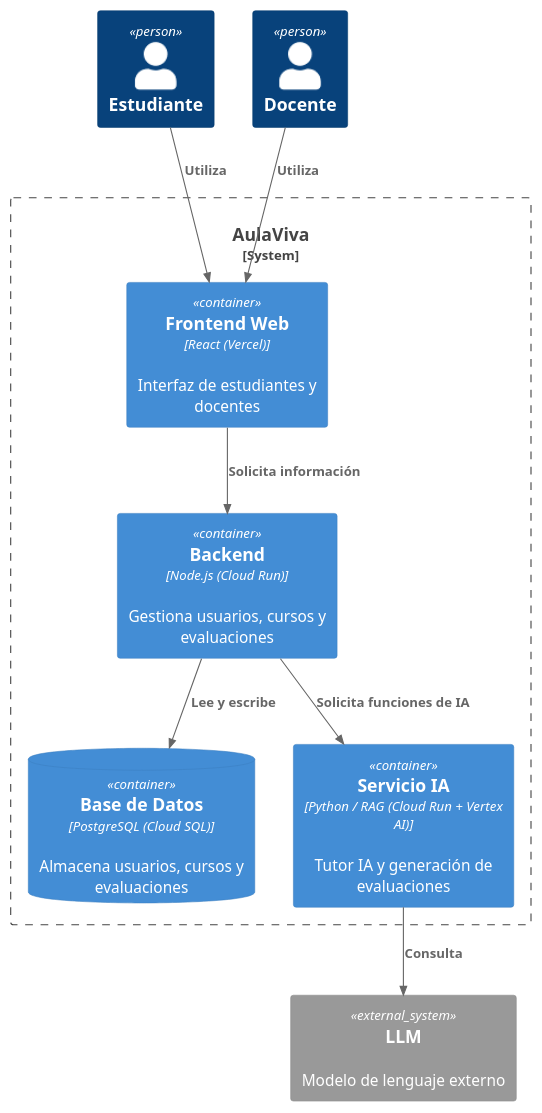
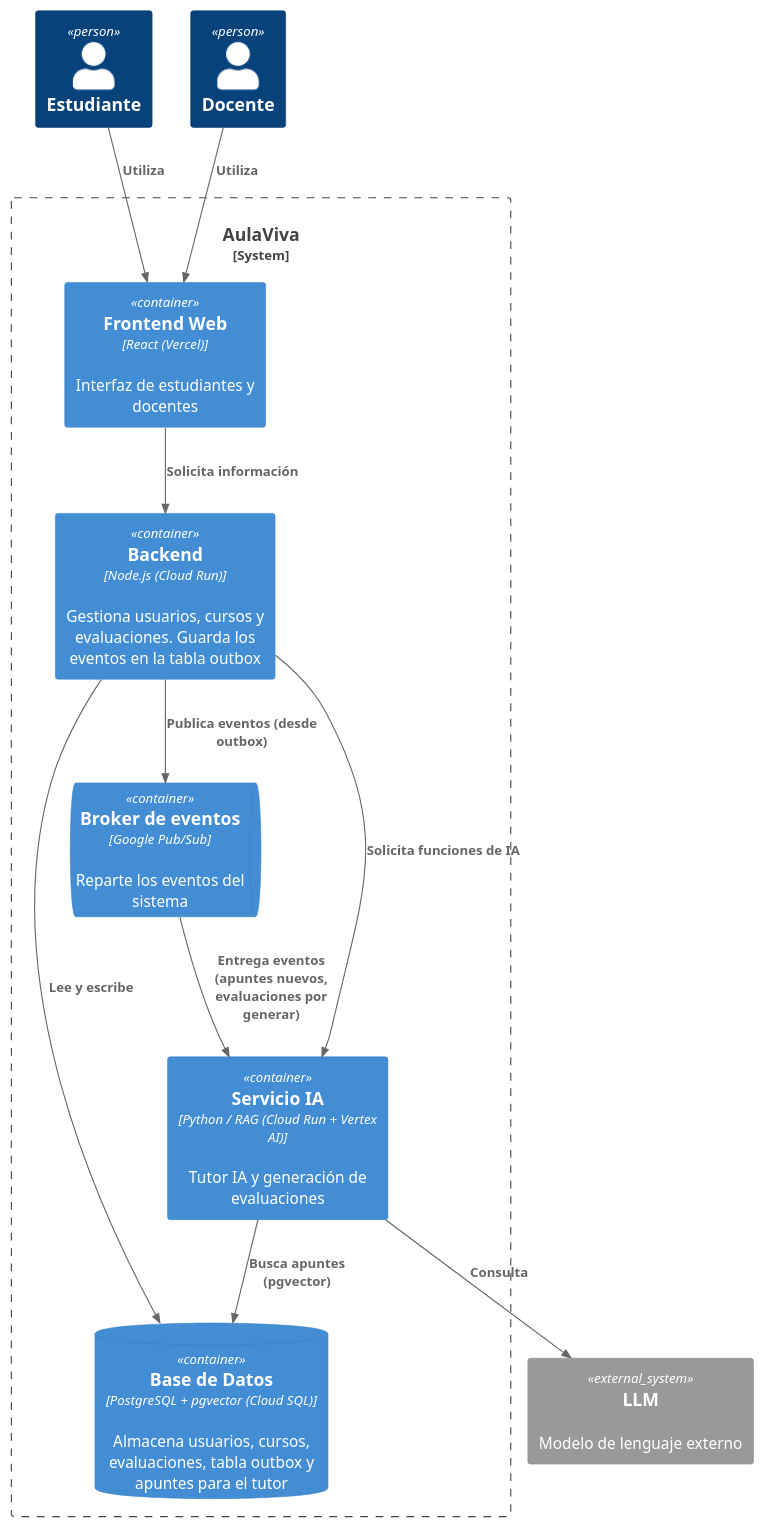
Before and after one commit to gerardogonzalez0264gg/Aula_Viva: the diagram in docs/C4/l2-container.puml, drawn with PlantUML.

```diff
--- a/docs/C4/l2-container.puml
+++ b/docs/C4/l2-container.puml
@@ -1,27 +1,32 @@
 @startuml
 !include <C4/C4_Container>
 
 Person(estudiante, "Estudiante")
 Person(docente, "Docente")
 
 System_Boundary(aulaviva, "AulaViva") {
 
     Container(frontend, "Frontend Web", "React (Vercel)", "Interfaz de estudiantes y docentes")
 
-    Container(backend, "Backend", "Node.js (Cloud Run)", "Gestiona usuarios, cursos y evaluaciones")
+    Container(backend, "Backend", "Node.js (Cloud Run)", "Gestiona usuarios, cursos y evaluaciones. Guarda los eventos en la tabla outbox")
 
-    ContainerDb(db, "Base de Datos", "PostgreSQL (Cloud SQL)", "Almacena usuarios, cursos y evaluaciones")
+    ContainerDb(db, "Base de Datos", "PostgreSQL + pgvector (Cloud SQL)", "Almacena usuarios, cursos, evaluaciones, tabla outbox y apuntes para el tutor")
+
+    ContainerQueue(broker, "Broker de eventos", "Google Pub/Sub", "Reparte los eventos del sistema")
 
     Container(ai, "Servicio IA", "Python / RAG (Cloud Run + Vertex AI)", "Tutor IA y generación de evaluaciones")
 }
 
 System_Ext(llm, "LLM", "Modelo de lenguaje externo")
 
 Rel(estudiante, frontend, "Utiliza")
 Rel(docente, frontend, "Utiliza")
 
 Rel(frontend, backend, "Solicita información")
 Rel(backend, db, "Lee y escribe")
+Rel(backend, broker, "Publica eventos (desde outbox)")
+Rel(broker, ai, "Entrega eventos (apuntes nuevos, evaluaciones por generar)")
 Rel(backend, ai, "Solicita funciones de IA")
+Rel(ai, db, "Busca apuntes (pgvector)")
 Rel(ai, llm, "Consulta")
 @enduml
```
